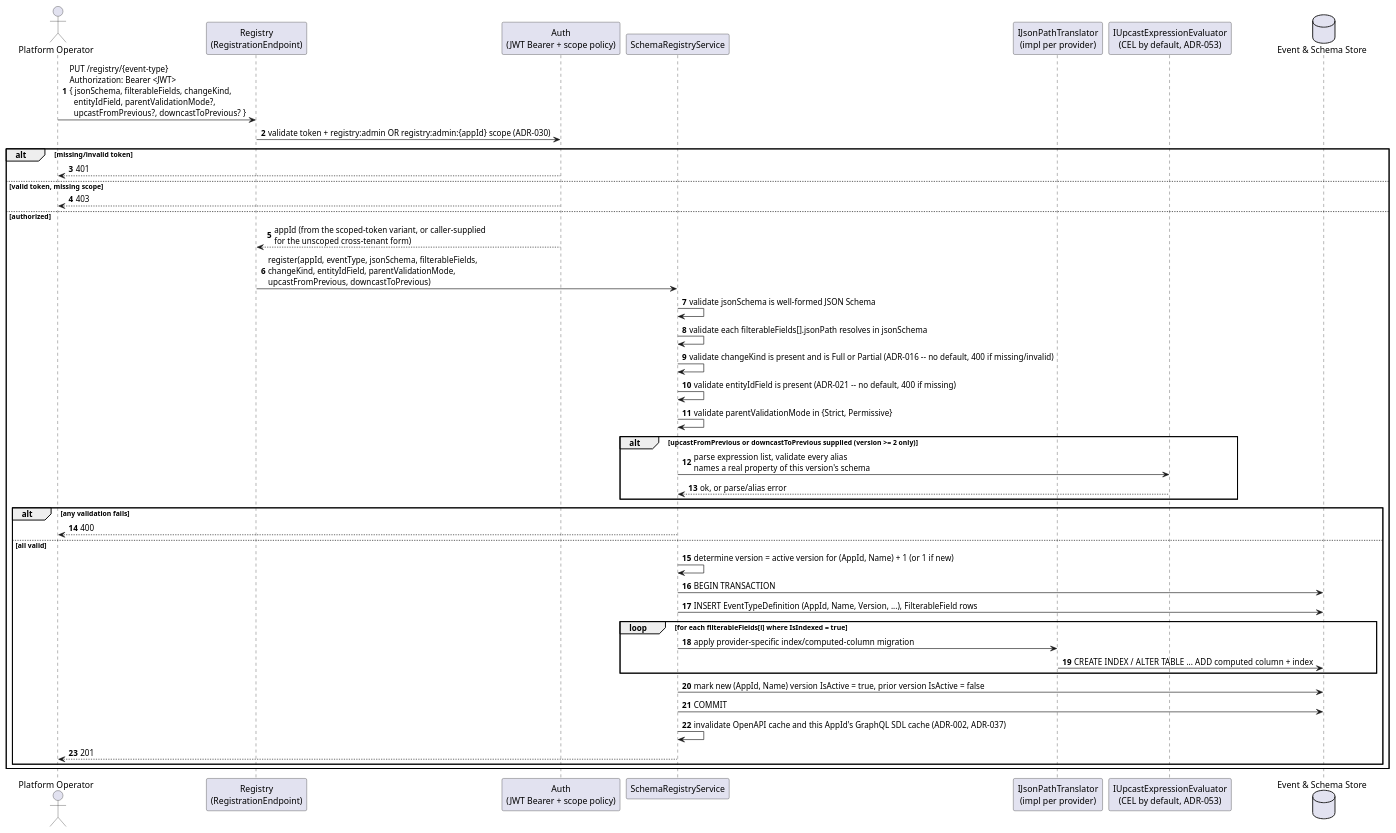
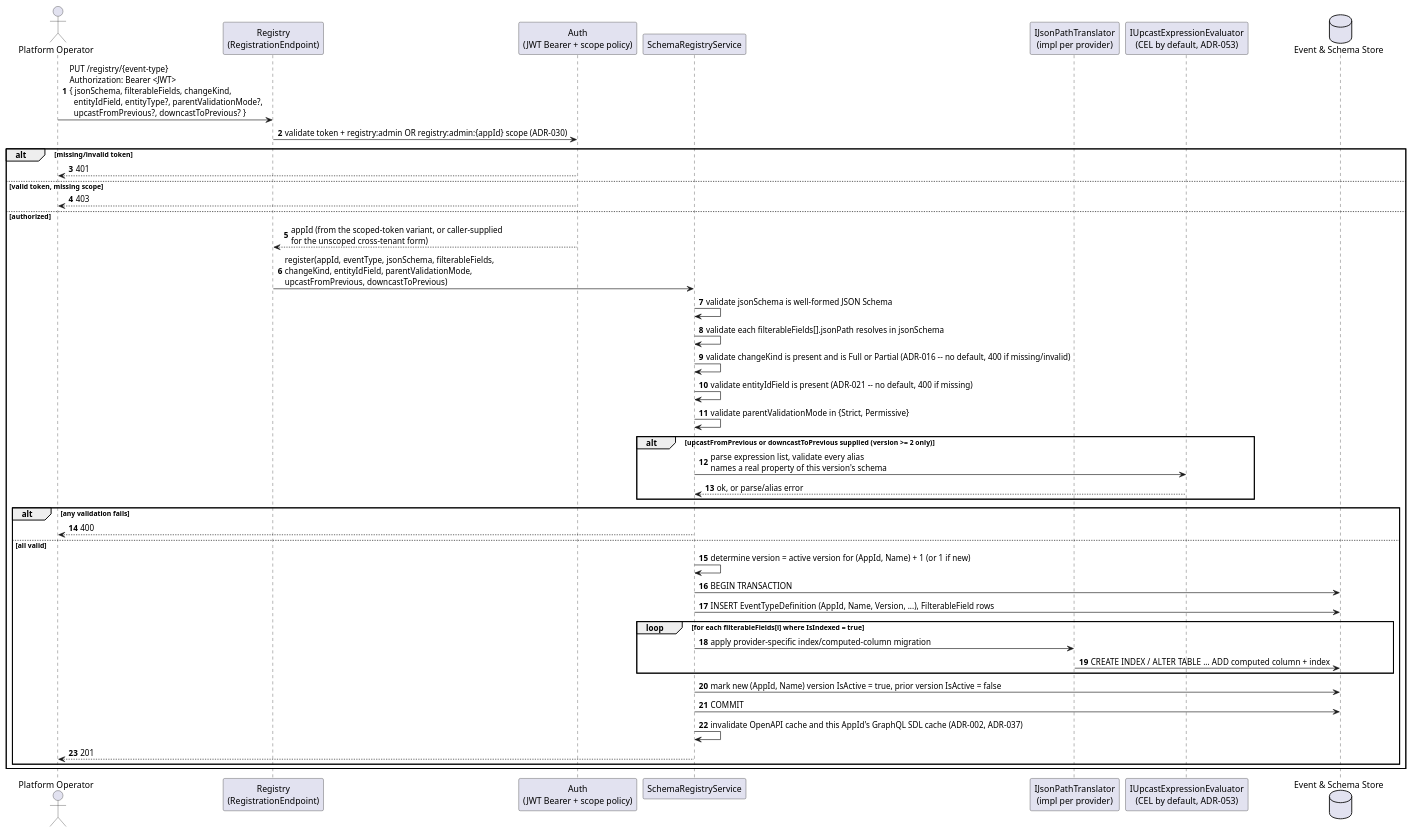
Before and after one commit to Mwwhited-BookLearning/EventSourcing: the first of 2 diagrams in docs/features/schema-registry.md, drawn with PlantUML. The commit also changed 82 other files, not shown here.

````diff
--- a/docs/features/schema-registry.md
+++ b/docs/features/schema-registry.md
@@ -37,47 +37,47 @@
 ```plantuml
 @startuml SchemaRegistry_Sequence
 autonumber
 actor "Platform Operator" as operator
 participant "Registry\n(RegistrationEndpoint)" as endpoint
 participant "Auth\n(JWT Bearer + scope policy)" as auth
 participant "SchemaRegistryService" as registry
 participant "IJsonPathTranslator\n(impl per provider)" as jsonPath
 participant "IUpcastExpressionEvaluator\n(CEL by default, ADR-053)" as evaluator
 database "Event & Schema Store" as db
 
-operator -> endpoint: PUT /registry/{event-type}\nAuthorization: Bearer <JWT>\n{ jsonSchema, filterableFields, changeKind,\n  entityIdField, parentValidationMode?,\n  upcastFromPrevious?, downcastToPrevious? }
+operator -> endpoint: PUT /registry/{event-type}\nAuthorization: Bearer <JWT>\n{ jsonSchema, filterableFields, changeKind,\n  entityIdField, entityType?, parentValidationMode?,\n  upcastFromPrevious?, downcastToPrevious? }
 endpoint -> auth: validate token + registry:admin OR registry:admin:{appId} scope (ADR-030)
 alt missing/invalid token
   auth --> operator: 401
 else valid token, missing scope
   auth --> operator: 403
 else authorized
   auth --> endpoint: appId (from the scoped-token variant, or caller-supplied\nfor the unscoped cross-tenant form)
   endpoint -> registry: register(appId, eventType, jsonSchema, filterableFields,\nchangeKind, entityIdField, parentValidationMode,\nupcastFromPrevious, downcastToPrevious)
   registry -> registry: validate jsonSchema is well-formed JSON Schema
   registry -> registry: validate each filterableFields[].jsonPath resolves in jsonSchema
   registry -> registry: validate changeKind is present and is Full or Partial (ADR-016 -- no default, 400 if missing/invalid)
   registry -> registry: validate entityIdField is present (ADR-021 -- no default, 400 if missing)
   registry -> registry: validate parentValidationMode in {Strict, Permissive}
   alt upcastFromPrevious or downcastToPrevious supplied (version >= 2 only)
     registry -> evaluator: parse expression list, validate every alias\nnames a real property of this version's schema
     evaluator --> registry: ok, or parse/alias error
   end
   alt any validation fails
     registry --> operator: 400
   else all valid
     registry -> registry: determine version = active version for (AppId, Name) + 1 (or 1 if new)
     registry -> db: BEGIN TRANSACTION
     registry -> db: INSERT EventTypeDefinition (AppId, Name, Version, ...), FilterableField rows
     loop for each filterableFields[i] where IsIndexed = true
       registry -> jsonPath: apply provider-specific index/computed-column migration
       jsonPath -> db: CREATE INDEX / ALTER TABLE ... ADD computed column + index
     end
     registry -> db: mark new (AppId, Name) version IsActive = true, prior version IsActive = false
     registry -> db: COMMIT
     registry -> registry: invalidate OpenAPI cache and this AppId's GraphQL SDL cache (ADR-002, ADR-037)
     registry --> operator: 201
   end
 end
 @enduml
 ```
````
